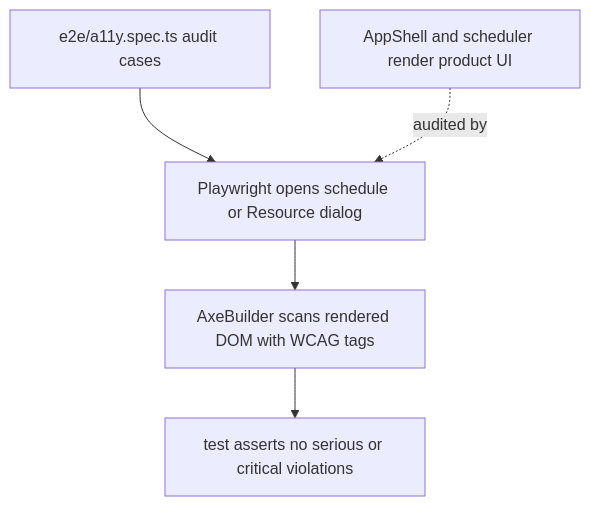
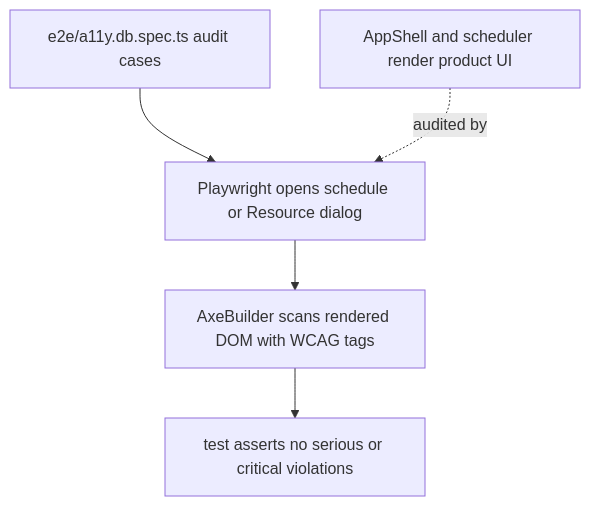
One commit to Kevinjohn/capacitylens changed the second of 2 diagrams in user-stories/accessibility/US-KBD-04-axe-clean.md. Above: the diagram before and after it, drawn with Mermaid. The commit also changed other lines of this file and 113 other files, not shown here.

````diff
--- a/user-stories/accessibility/US-KBD-04-axe-clean.md
+++ b/user-stories/accessibility/US-KBD-04-axe-clean.md
@@ -34,7 +34,7 @@
 ```mermaid
 flowchart TD
-  spec["e2e/a11y.spec.ts audit cases"] --> render["Playwright opens schedule or Resource dialog"]
+  spec["e2e/a11y.db.spec.ts audit cases"] --> render["Playwright opens schedule or Resource dialog"]
   render --> axe["AxeBuilder scans rendered DOM with WCAG tags"]
   axe --> assert["test asserts no serious or critical violations"]
   ui["AppShell and scheduler render product UI"] -. audited by .-> render
 ```
````
